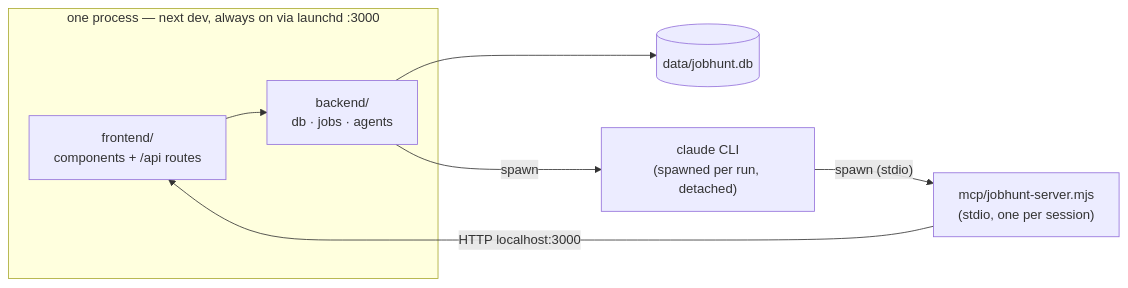
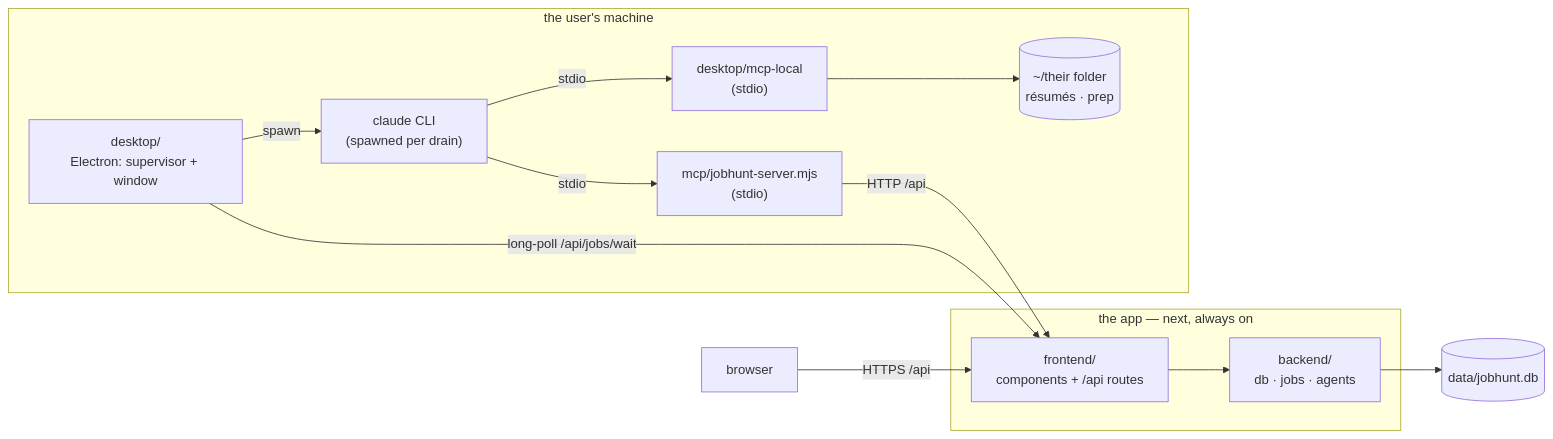
The first of 2 diagrams in docs/overview.md (kght-io/Landed), drawn with Mermaid before and after one commit. The commit also changed other lines of this file and 3 other files, not shown here.

````diff
--- a/docs/overview.md
+++ b/docs/overview.md
@@ -16,16 +21,28 @@
 ```mermaid
 flowchart LR
-  subgraph app["one process — next dev, always on via launchd :3000"]
+  subgraph cloud["the app — next, always on"]
     fe["frontend/<br/>components + /api routes"]
     be["backend/<br/>db · jobs · agents"]
     fe --> be
   end
   db[("data/jobhunt.db")]
-  cli["claude CLI<br/>(spawned per run, detached)"]
-  mcp["mcp/jobhunt-server.mjs<br/>(stdio, one per session)"]
+
+  subgraph machine["the user's machine"]
+    app["desktop/<br/>Electron: supervisor + window"]
+    cli["claude CLI<br/>(spawned per drain)"]
+    jh["mcp/jobhunt-server.mjs<br/>(stdio)"]
+    loc["desktop/mcp-local<br/>(stdio)"]
+    files[("~/their folder<br/>résumés · prep")]
+  end
+
+  browser["browser"]
 
   be --> db
-  be -- "spawn" --> cli
-  cli -- "spawn (stdio)" --> mcp
-  mcp -- "HTTP localhost:3000" --> fe
+  browser -- "HTTPS /api" --> fe
+  app -- "long-poll /api/jobs/wait" --> fe
+  app -- "spawn" --> cli
+  cli -- "stdio" --> jh
+  cli -- "stdio" --> loc
+  jh -- "HTTP /api" --> fe
+  loc --> files
 ```
````
